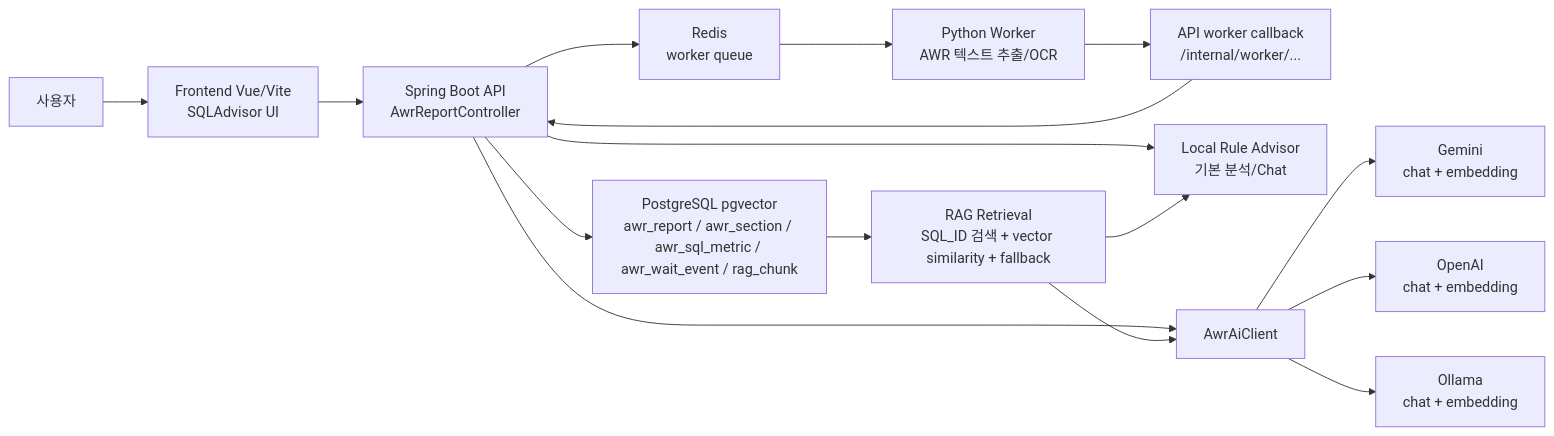
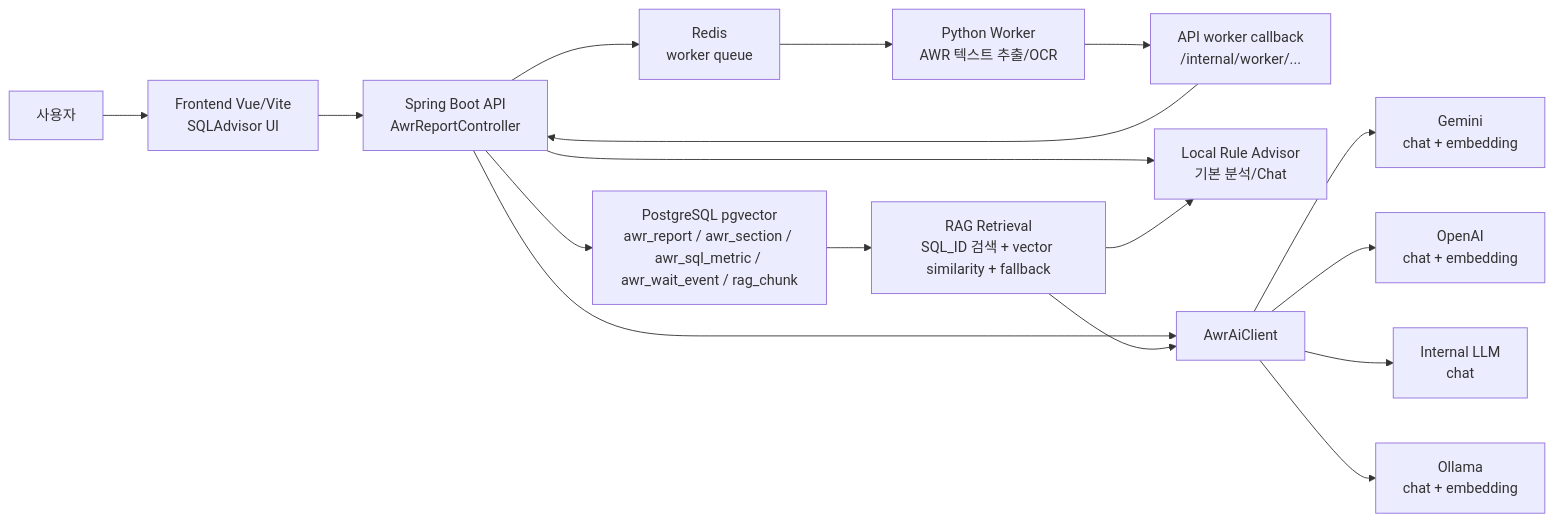
One commit to DBInc-LifeInsuranceTeam-ITO/SQL-Advisor changed the first of 3 diagrams in RAG_ARCHITECTURE.md. Above: the diagram before and after it, drawn with Mermaid. The commit also changed other lines of this file and 24 other files, not shown here.

````diff
--- a/RAG_ARCHITECTURE.md
+++ b/RAG_ARCHITECTURE.md
@@ -23,21 +23,22 @@
 ```mermaid
 flowchart LR
   User["사용자"] --> Web["Frontend Vue/Vite\nSQLAdvisor UI"]
   Web --> Api["Spring Boot API\nAwrReportController"]
 
   Api --> Pg["PostgreSQL pgvector\nawr_report / awr_section / awr_sql_metric / awr_wait_event / rag_chunk"]
   Api --> Redis["Redis\nworker queue"]
   Redis --> Worker["Python Worker\nAWR 텍스트 추출/OCR"]
   Worker --> ApiCallback["API worker callback\n/internal/worker/..."]
   ApiCallback --> Api
 
   Api --> LocalAdvisor["Local Rule Advisor\n기본 분석/Chat"]
   Api --> AiClient["AwrAiClient"]
   AiClient --> Gemini["Gemini\nchat + embedding"]
   AiClient --> OpenAI["OpenAI\nchat + embedding"]
+  AiClient --> InternalLlm["Internal LLM\nchat"]
   AiClient --> Ollama["Ollama\nchat + embedding"]
 
   Pg --> Rag["RAG Retrieval\nSQL_ID 검색 + vector similarity + fallback"]
   Rag --> LocalAdvisor
   Rag --> AiClient
 ```
````
